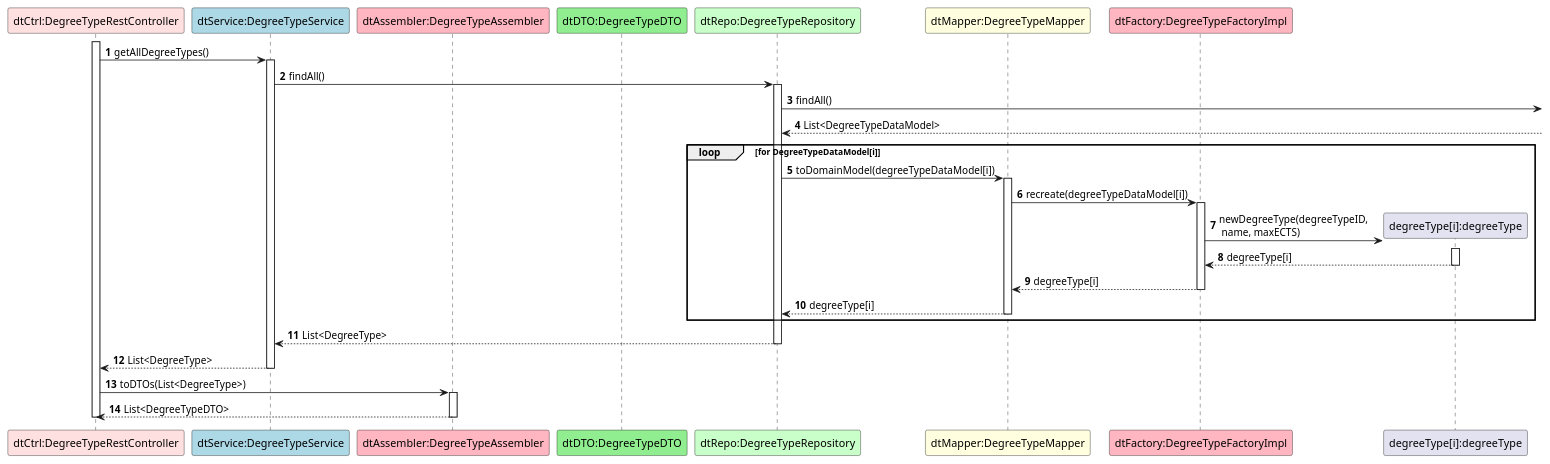
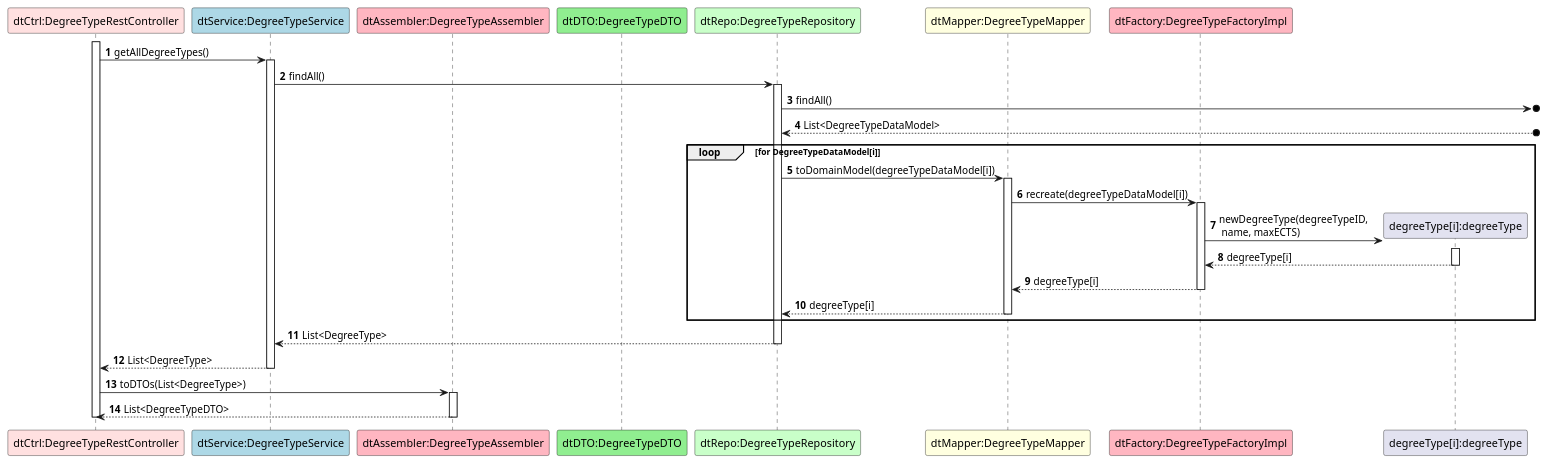
One commit to GasparISEP/DevOps-PAI changed the diagram in docs/US31/ScenarioView/References/Ref-getAllDegreeTypes.puml. Above: the diagram before and after it, drawn with PlantUML. The commit also changed 5 other files, not shown here.

Commit message:
Ref #653: Refactor Scenario View diagrams to use o] notation for external interactions, and update Level 4 Scenario View diagram to reflect single-step form submission

```diff
--- a/docs/US31/ScenarioView/References/Ref-getAllDegreeTypes.puml
+++ b/docs/US31/ScenarioView/References/Ref-getAllDegreeTypes.puml
@@ -1,37 +1,37 @@
 @startuml
 autonumber
 
 participant "dtCtrl:DegreeTypeRestController" as C #implementation
 participant "dtService:DegreeTypeService" as DTS #lightblue
 participant "dtAssembler:DegreeTypeAssembler" as DTA #lightpink
 participant "dtDTO:DegreeTypeDTO" as DTDTO #lightgreen
 participant "dtRepo:DegreeTypeRepository" as DTR #technology
 participant "dtMapper:DegreeTypeMapper" as M #lightyellow
 participant "dtFactory:DegreeTypeFactoryImpl" as F #lightpink
 participant "degreeType[i]:degreeType" as DT
 
 activate C
 C -> DTS ++: getAllDegreeTypes()
 
 DTS -> DTR ++: findAll()
 
-DTR -> : findAll()
-DTR <-- : List<DegreeTypeDataModel>
+DTR ->o] : findAll()
+DTR <--o] : List<DegreeTypeDataModel>
 
 loop for DegreeTypeDataModel[i]
 DTR -> M ++: toDomainModel(degreeTypeDataModel[i])
 M -> F ++: recreate(degreeTypeDataModel[i])
 F -> DT**: newDegreeType(degreeTypeID, \n name, maxECTS)
 activate DT
 DT --> F --: degreeType[i]
 F --> M --: degreeType[i]
 M --> DTR --: degreeType[i]
 end
 
 DTR --> DTS --: List<DegreeType>
 DTS --> C --: List<DegreeType>
 C -> DTA ++: toDTOs(List<DegreeType>)
 DTA --> C --: List<DegreeTypeDTO>
 deactivate C
 
 @enduml
```
